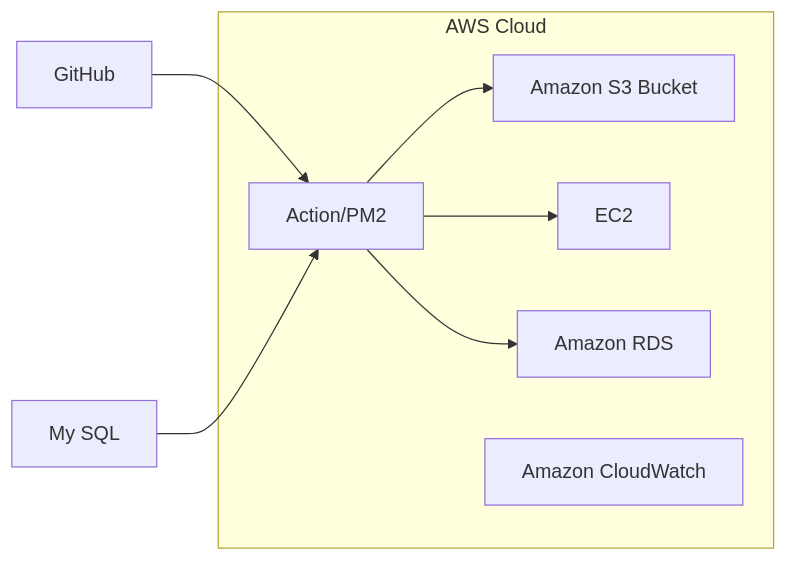
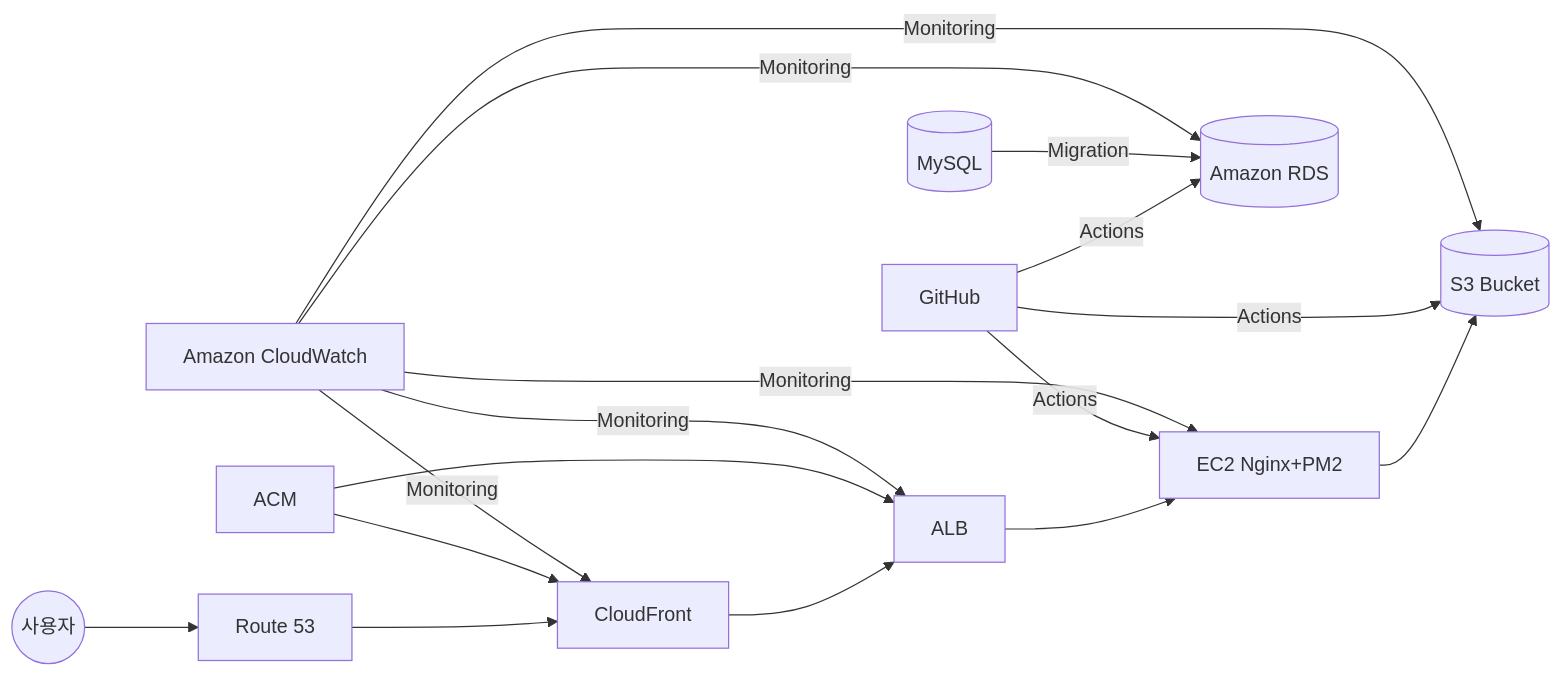
One commit to obokproject/obok-fe changed the first of 5 diagrams in README.md. Above: the diagram before and after it, drawn with Mermaid. The commit also changed other lines of this file and 1 other file, not shown here.

````diff
--- a/README.md
+++ b/README.md
@@ -29,17 +29,19 @@
 ```mermaid
 graph LR
-    A[GitHub] --> B[Action/PM2]
-    C[My SQL] --> B
-    B --> D[Amazon S3 Bucket]
-    B --> E[EC2]
-    B --> F[Amazon RDS]
-    G[Amazon CloudWatch]
-
-    subgraph AWS Cloud
-        B
-        D
-        E
-        F
-        G
-    end
+    User((사용자)) --> Route53[Route 53]
+    Route53 --> CloudFront[CloudFront]
+    CloudFront --> ALB[ALB]
+    ALB --> EC2[EC2 Nginx+PM2]
+    EC2 --> S3[(S3 Bucket)]
+    ACM[ACM] --> CloudFront
+    ACM --> ALB
+    GitHub[GitHub] --> |Actions| S3
+    GitHub --> |Actions| EC2
+    GitHub --> |Actions| RDS[(Amazon RDS)]
+    MySQL[(MySQL)] --> |Migration| RDS
+    CloudWatch[Amazon CloudWatch] --> |Monitoring| CloudFront
+    CloudWatch --> |Monitoring| ALB
+    CloudWatch --> |Monitoring| EC2
+    CloudWatch --> |Monitoring| S3
+    CloudWatch --> |Monitoring| RDS
 ```
````
